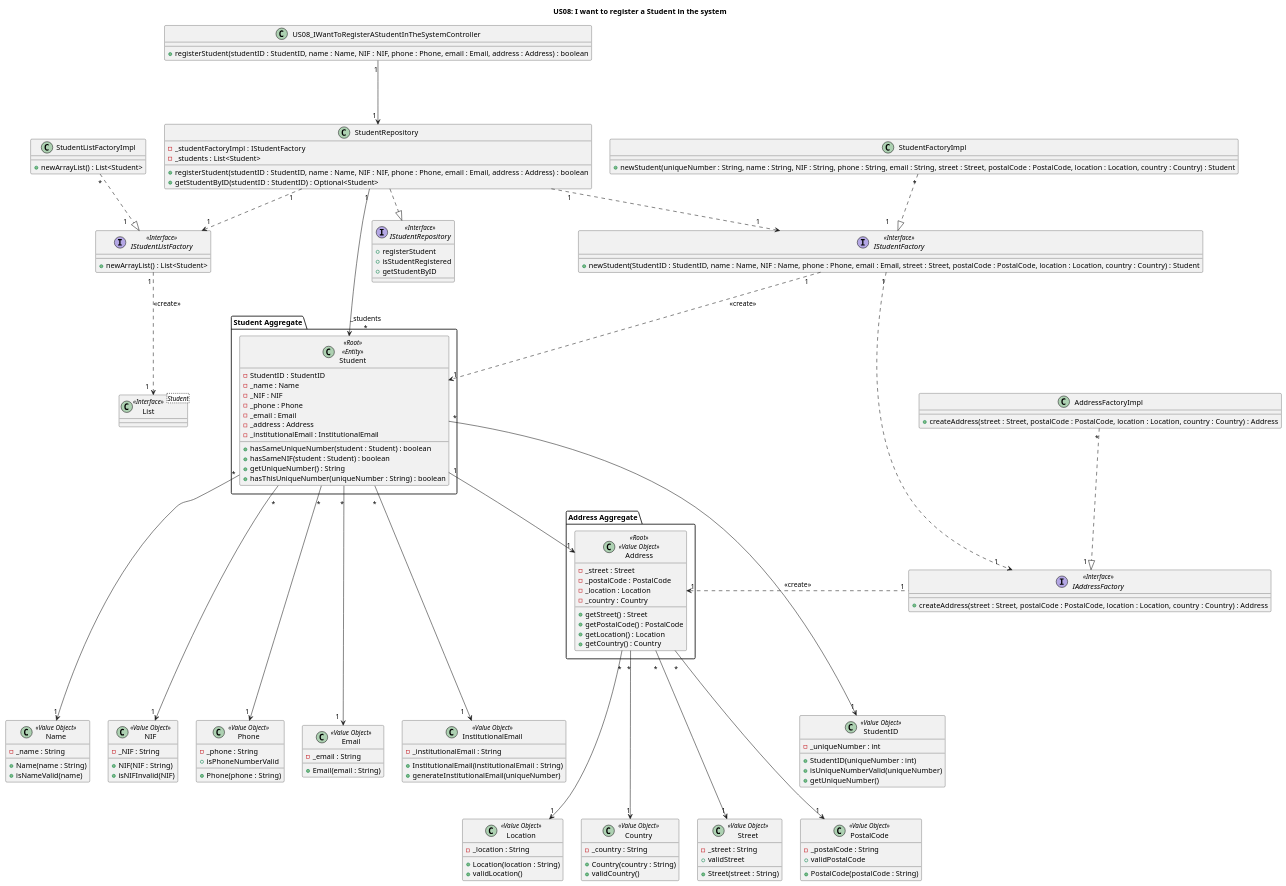
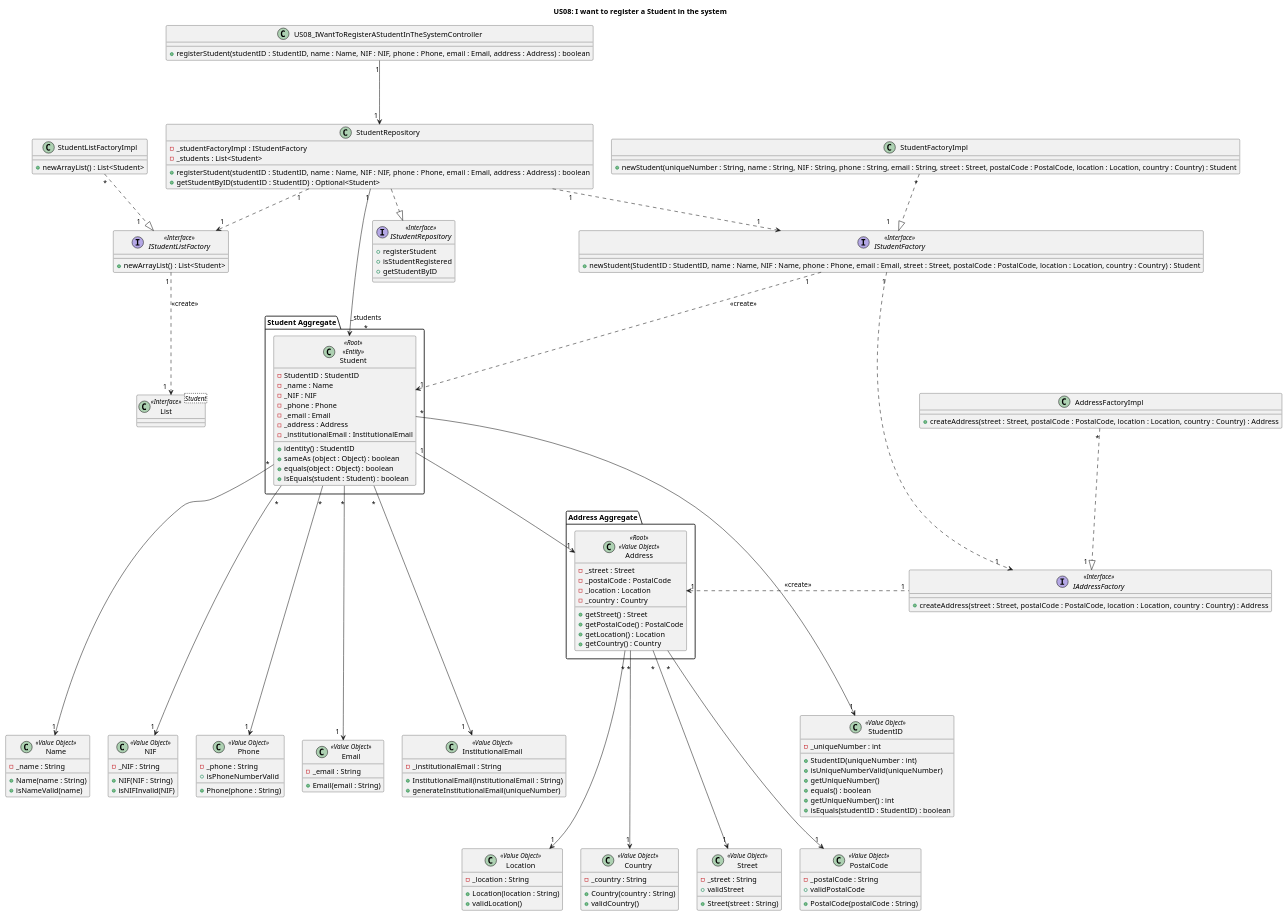
Before and after one commit to GasparISEP/DevOps-PAI: the diagram in docs/US08/US08_ClassDiagram.puml, drawn with PlantUML.

Commit message:
Ref #178: Addition of methods to US08 Class Diagram

```diff
--- a/docs/US08/US08_ClassDiagram.puml
+++ b/docs/US08/US08_ClassDiagram.puml
@@ -1,162 +1,165 @@
 @startuml
 title US08: I want to register a Student in the system
 
 
 class US08_IWantToRegisterAStudentInTheSystemController {
     + registerStudent(studentID : StudentID, name : Name, NIF : NIF, phone : Phone, email : Email, address : Address) : boolean
 }
 
 class StudentRepository {
     - _studentFactoryImpl : IStudentFactory
     - _students : List<Student>
     + registerStudent(studentID : StudentID, name : Name, NIF : NIF, phone : Phone, email : Email, address : Address) : boolean
     + getStudentByID(studentID : StudentID) : Optional<Student>
 }
 
 package "Student Aggregate" {
     class Student <<Root>> <<Entity>> {
         - StudentID : StudentID
         - _name : Name
         - _NIF : NIF
         - _phone : Phone
         - _email : Email
         - _address : Address
         - _institutionalEmail : InstitutionalEmail
-        + hasSameUniqueNumber(student : Student) : boolean
-        + hasSameNIF(student : Student) : boolean
-        + getUniqueNumber() : String
-        + hasThisUniqueNumber(uniqueNumber : String) : boolean
+        + identity() : StudentID
+        + sameAs (object : Object) : boolean
+        + equals(object : Object) : boolean
+        + isEquals(student : Student) : boolean
     }
 }
 
 package "Address Aggregate" {
     class Address <<Root>> <<Value Object>> {
         - _street : Street
         - _postalCode : PostalCode
         - _location : Location
         - _country : Country
         + getStreet() : Street
         + getPostalCode() : PostalCode
         + getLocation() : Location
         + getCountry() : Country
     }
 }
 
 class StudentID <<Value Object>> {
     -_uniqueNumber : int
     + StudentID(uniqueNumber : int)
     + isUniqueNumberValid(uniqueNumber)
     + getUniqueNumber()
+    + equals() : boolean
+    + getUniqueNumber() : int
+    + isEquals(studentID : StudentID) : boolean
 }
 
 class Name <<Value Object>> {
     -_name : String
     + Name(name : String)
     + isNameValid(name)
 }
 
 class NIF <<Value Object>> {
     -_NIF : String
     + NIF(NIF : String)
     + isNIFInvalid(NIF)
 }
 
 class Phone <<Value Object>> {
     -_phone : String
     + Phone(phone : String)
     + isPhoneNumberValid
 }
 
 class Email <<Value Object>> {
     -_email : String
     + Email(email : String)
 }
 
 class InstitutionalEmail <<Value Object>> {
     -_institutionalEmail : String
     + InstitutionalEmail(institutionalEmail : String)
     + generateInstitutionalEmail(uniqueNumber)
 }
 
 class Street <<Value Object>> {
     -_street : String
     + Street(street : String)
     + validStreet
 }
 
 class PostalCode <<Value Object>> {
     -_postalCode : String
     + PostalCode(postalCode : String)
     + validPostalCode
 }
 
 class Location <<Value Object>> {
     -_location : String
     + Location(location : String)
     + validLocation()
 }
 
 class Country <<Value Object>> {
     -_country : String
     + Country(country : String)
     + validCountry()
 }
 
 interface IStudentFactory <<Interface>> {
     + newStudent(StudentID : StudentID, name : Name, NIF : Name, phone : Phone, email : Email, street : Street, postalCode : PostalCode, location : Location, country : Country) : Student
 }
 
 class StudentFactoryImpl {
     + newStudent(uniqueNumber : String, name : String, NIF : String, phone : String, email : String, street : Street, postalCode : PostalCode, location : Location, country : Country) : Student
 }
 
 interface IStudentListFactory <<Interface>> {
     + newArrayList() : List<Student>
 }
 
 class StudentListFactoryImpl {
     + newArrayList() : List<Student>
 }
 
 interface IAddressFactory <<Interface>> {
     + createAddress(street : Street, postalCode : PostalCode, location : Location, country : Country) : Address
 }
 
 class AddressFactoryImpl {
     + createAddress(street : Street, postalCode : PostalCode, location : Location, country : Country) : Address
 }
 
 class List<Student> <<Interface>> {}
 
 interface IStudentRepository <<Interface>> {
     +registerStudent
     +isStudentRegistered
     +getStudentByID
 }
 
 
 US08_IWantToRegisterAStudentInTheSystemController "1" ---> "1 " StudentRepository
 StudentRepository "1" ..> "1" IStudentFactory
 StudentRepository "1" ---> "_students\n*" Student
 StudentRepository "1" ..> "1" IStudentListFactory
 IStudentListFactory "1 " ..> "1  " List: <<create>>
 Student "1" --> "1" Address
 StudentFactoryImpl "*" ..|> "1     " IStudentFactory
 StudentListFactoryImpl "*" ..|> "1     " IStudentListFactory
 AddressFactoryImpl "*" ..|> "1  " IAddressFactory
 IAddressFactory "1" .l.> "1" Address: <<create>>
 IStudentFactory "1" ..> "1" Student: <<create>>
 IStudentFactory "1" ..> "1" IAddressFactory
 StudentRepository ..|> IStudentRepository
 Student "*" ----> "1" StudentID
 Student "*" ----> "1" Name
 Student "\n *" ----> "1  " Email
 Student "\n *" ----> "1   " InstitutionalEmail
 Student "\n *" ----> "1 " Phone
 Student "\n *" ----> "1 " NIF
 Address "\n *" ----> "1" Street
 Address "\n *" ----> "1" PostalCode
 Address "\n *" ----> "1" Location
 Address "\n *" ----> "1" Country
 
 @enduml
```
